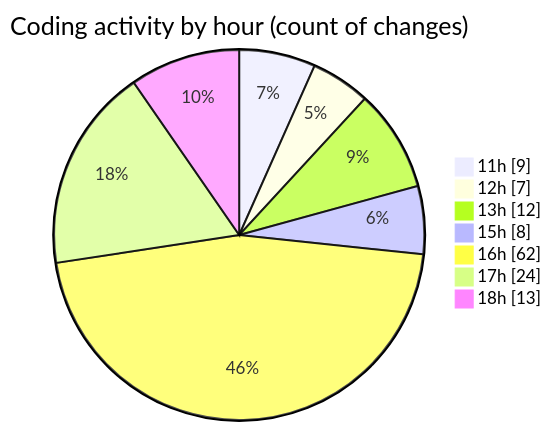
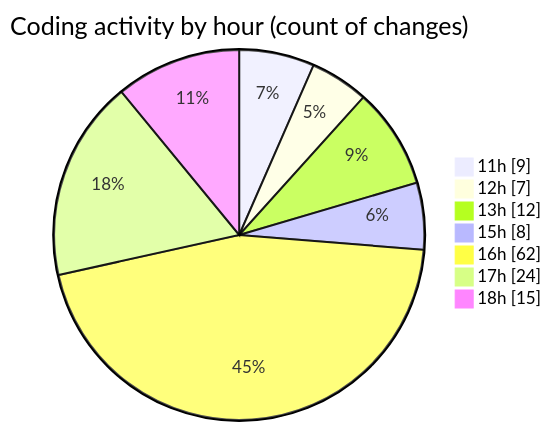
The second of 2 diagrams in 2025-08-07/ribbon/README.md (EIIisD/code-tracking), drawn with Mermaid before and after one commit. The commit also changed other lines of this file and 1 other file, not shown here.

````diff
--- a/2025-08-07/ribbon/README.md
+++ b/2025-08-07/ribbon/README.md
@@ -49,11 +49,11 @@
 ```mermaid
 pie showData
 title Coding activity by hour (count of changes)
 "11h" : 9
 "12h" : 7
 "13h" : 12
 "15h" : 8
 "16h" : 62
 "17h" : 24
-"18h" : 13
+"18h" : 15
 ```
````
